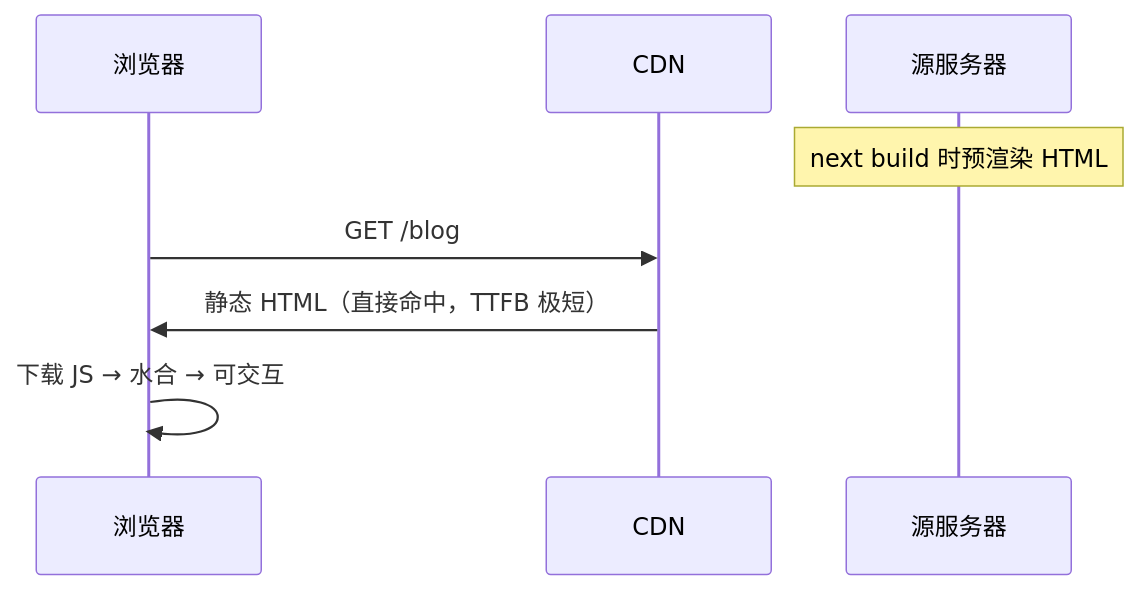
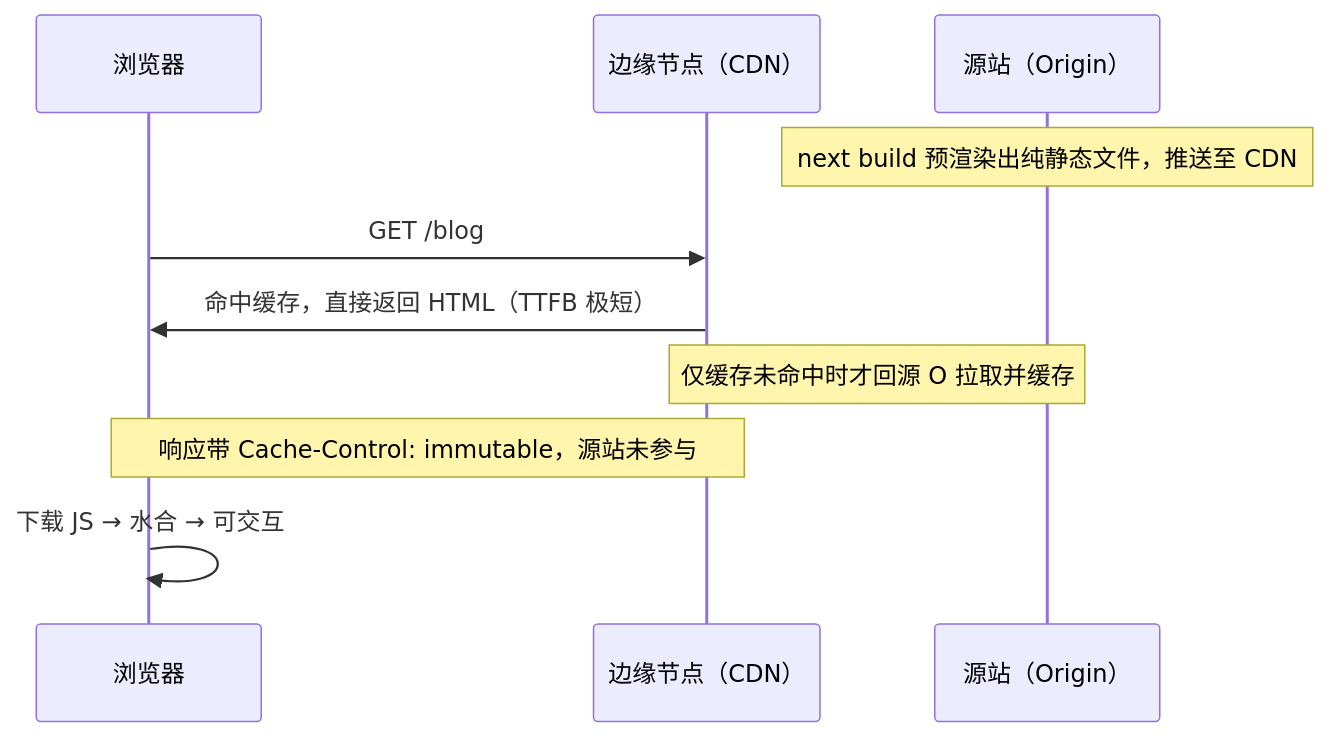
Before and after one commit to cyxofgithub/front-end-self-study: the second of 12 diagrams in 服务端/服务端渲染/next.js/Next.js 渲染模式详解（面试向）.md, drawn with Mermaid. The commit also changed other lines of this file and 5 other files, not shown here.

````diff
--- a/服务端/服务端渲染/next.js/Next.js 渲染模式详解（面试向）.md
+++ b/服务端/服务端渲染/next.js/Next.js 渲染模式详解（面试向）.md
@@ -44,10 +44,12 @@
 ```mermaid
 sequenceDiagram
     participant B as 浏览器
-    participant C as CDN
-    participant S as 源服务器
-    Note over S: next build 时预渲染 HTML
-    B->>C: GET /blog
-    C->>B: 静态 HTML（直接命中，TTFB 极短）
+    participant E as 边缘节点（CDN）
+    participant O as 源站（Origin）
+    Note over O: next build 预渲染出纯静态文件，推送至 CDN
+    B->>E: GET /blog
+    E->>B: 命中缓存，直接返回 HTML（TTFB 极短）
+    Note over E,O: 仅缓存未命中时才回源 O 拉取并缓存
+    Note over B,E: 响应带 Cache-Control: immutable，源站未参与
     B->>B: 下载 JS → 水合 → 可交互
 ```
````
